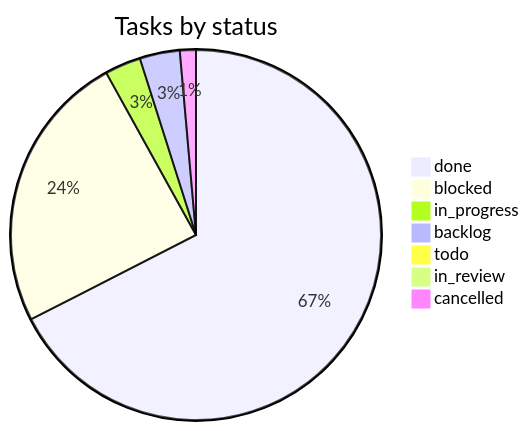
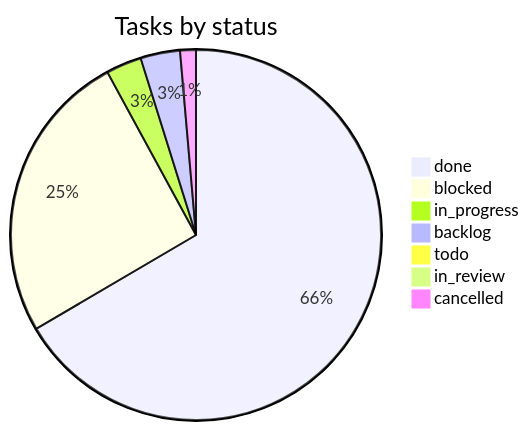
Before and after one commit to vulcanflow/docs: the second of 2 diagrams in PROGRESS.md, drawn with Mermaid. The commit also changed other lines of this file and 1 other file, not shown here.

````diff
--- a/PROGRESS.md
+++ b/PROGRESS.md
@@ -58,10 +58,10 @@
 ```mermaid
 pie title Tasks by status
   "done" : 193
-  "blocked" : 70
+  "blocked" : 74
   "in_progress" : 9
   "backlog" : 10
   "todo" : 2
   "in_review" : 1
   "cancelled" : 4
 ```
````
